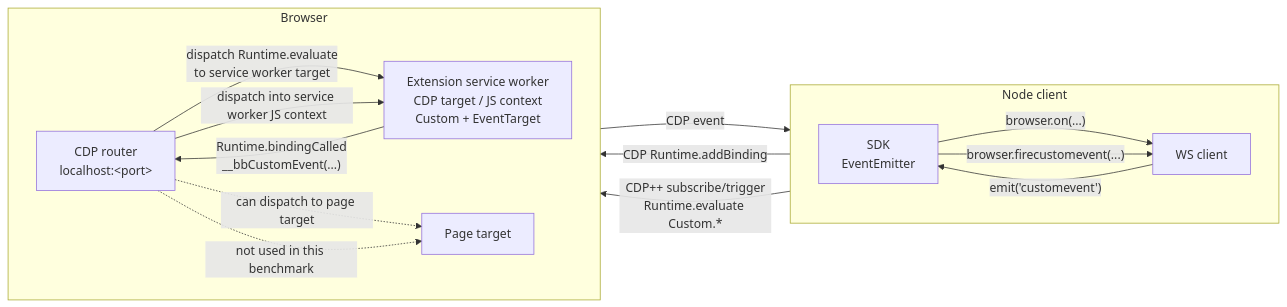
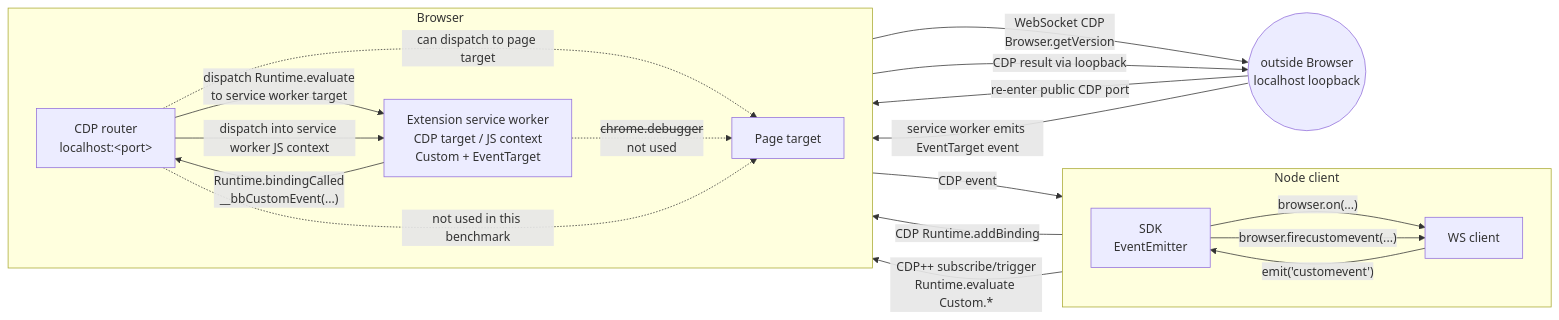
One commit to pirate/chrome-cdp-extension-bridge changed the fourth of 4 diagrams in README.md. Above: the diagram before and after it, drawn with Mermaid. The commit also changed other lines of this file and 1 other file, not shown here.

Commit message:
better diagrams

````diff
--- a/README.md
+++ b/README.md
@@ -126,27 +135,34 @@
 ```mermaid
 flowchart LR
   subgraph Node["Node client"]
     direction LR
     SDK["SDK<br/>EventEmitter"]
     WS["WS client"]
     SDK -->|"browser.on(...)"| WS
     SDK -->|"browser.firecustomevent(...)"| WS
   end
 
   subgraph Browser["Browser"]
     direction LR
     CDP["CDP router<br/>localhost:&lt;port&gt;"]
     SW["Extension service worker<br/>CDP target / JS context<br/>Custom + EventTarget"]
     Page["Page target"]
     CDP -->|"dispatch Runtime.evaluate<br/>to service worker target"| SW
     CDP -. "can dispatch to page target" .-> Page
+    SW -. "<s>chrome.debugger</s><br/>not used" .-> Page
   end
+
+  Loop(("outside Browser<br/>localhost loopback"))
 
   WS -->|"CDP Runtime.addBinding"| CDP
   WS -->|"CDP++ subscribe/trigger<br/>Runtime.evaluate Custom.*"| CDP
   CDP -->|"dispatch into service worker JS context"| SW
+  SW -->|"WebSocket CDP<br/>Browser.getVersion"| Loop
+  Loop -->|"re-enter public CDP port"| CDP
+  CDP -->|"CDP result via loopback"| Loop
+  Loop -->|"service worker emits EventTarget event"| SW
   SW -->|"Runtime.bindingCalled<br/>__bbCustomEvent(...)"| CDP
   CDP -->|"CDP event"| WS
   WS -->|"emit('customevent')"| SDK
   CDP -. "not used in this benchmark" .-> Page
 ```
````
